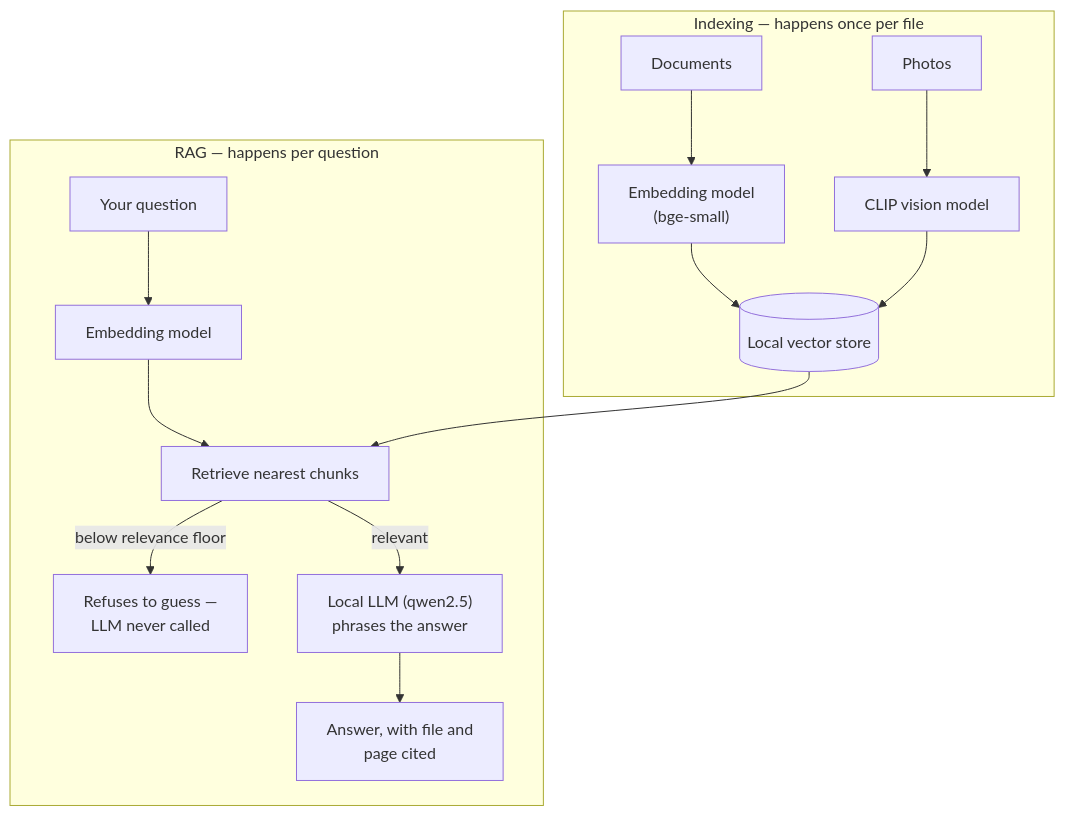
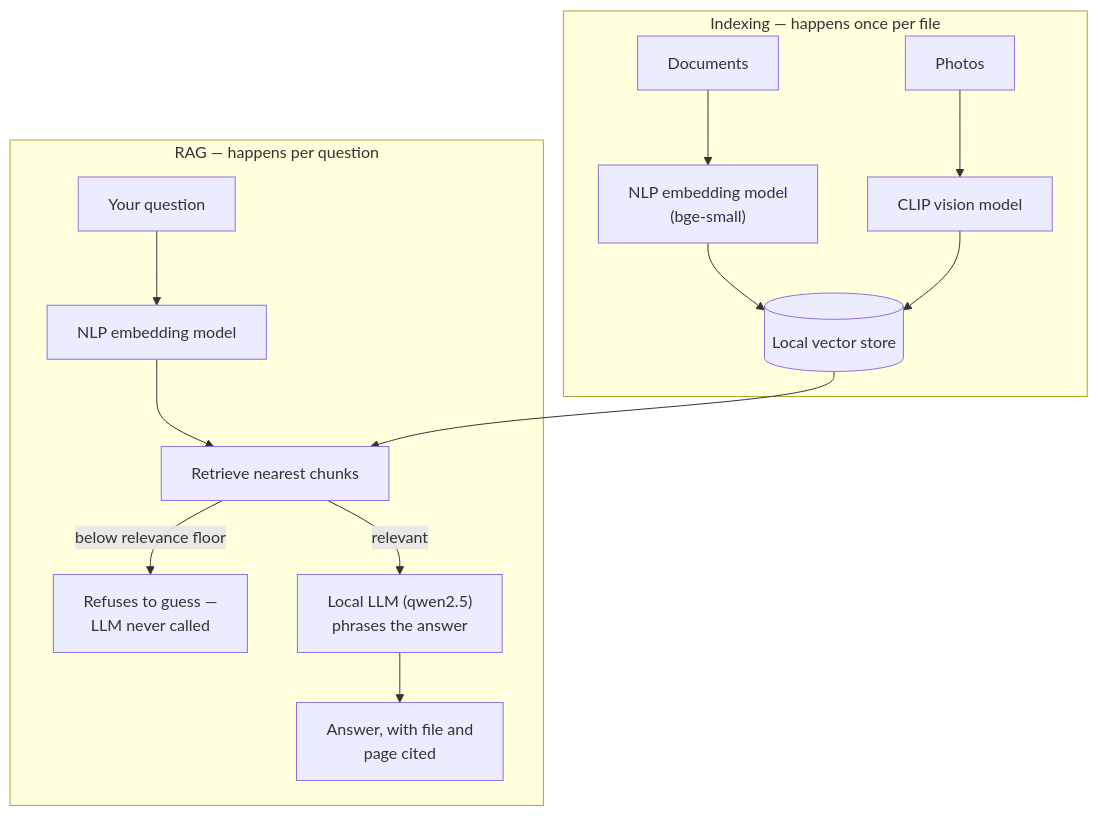
The first of 2 diagrams in README.md (me-is-mukul/Vector-Valut), drawn with Mermaid before and after one commit. The commit also changed other lines of this file, not shown here.

Commit message:
README: name NLP explicitly in the AI section and flowchart

````diff
--- a/README.md
+++ b/README.md
@@ -31,17 +32,17 @@
 ```mermaid
 flowchart TD
     subgraph index ["Indexing — happens once per file"]
-        DOC["Documents"] --> EMB["Embedding model<br/>(bge-small)"]
+        DOC["Documents"] --> EMB["NLP embedding model<br/>(bge-small)"]
         PHOTO["Photos"] --> CLIP["CLIP vision model"]
         EMB --> VS[("Local vector store")]
         CLIP --> VS
     end
     subgraph rag ["RAG — happens per question"]
-        Q["Your question"] --> EMB2["Embedding model"]
+        Q["Your question"] --> EMB2["NLP embedding model"]
         EMB2 --> RET["Retrieve nearest chunks"]
         VS --> RET
         RET -->|"below relevance floor"| REF["Refuses to guess —<br/>LLM never called"]
         RET -->|"relevant"| LLM["Local LLM (qwen2.5)<br/>phrases the answer"]
         LLM --> ANS["Answer, with file and<br/>page cited"]
     end
 ```
````
